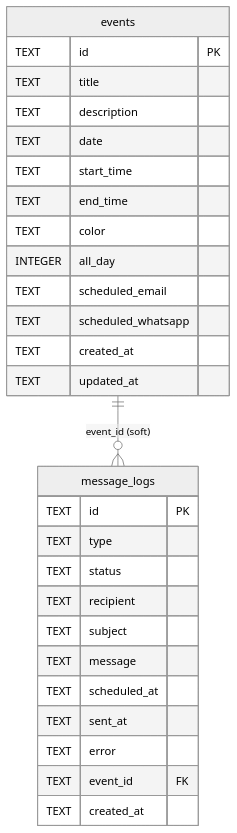
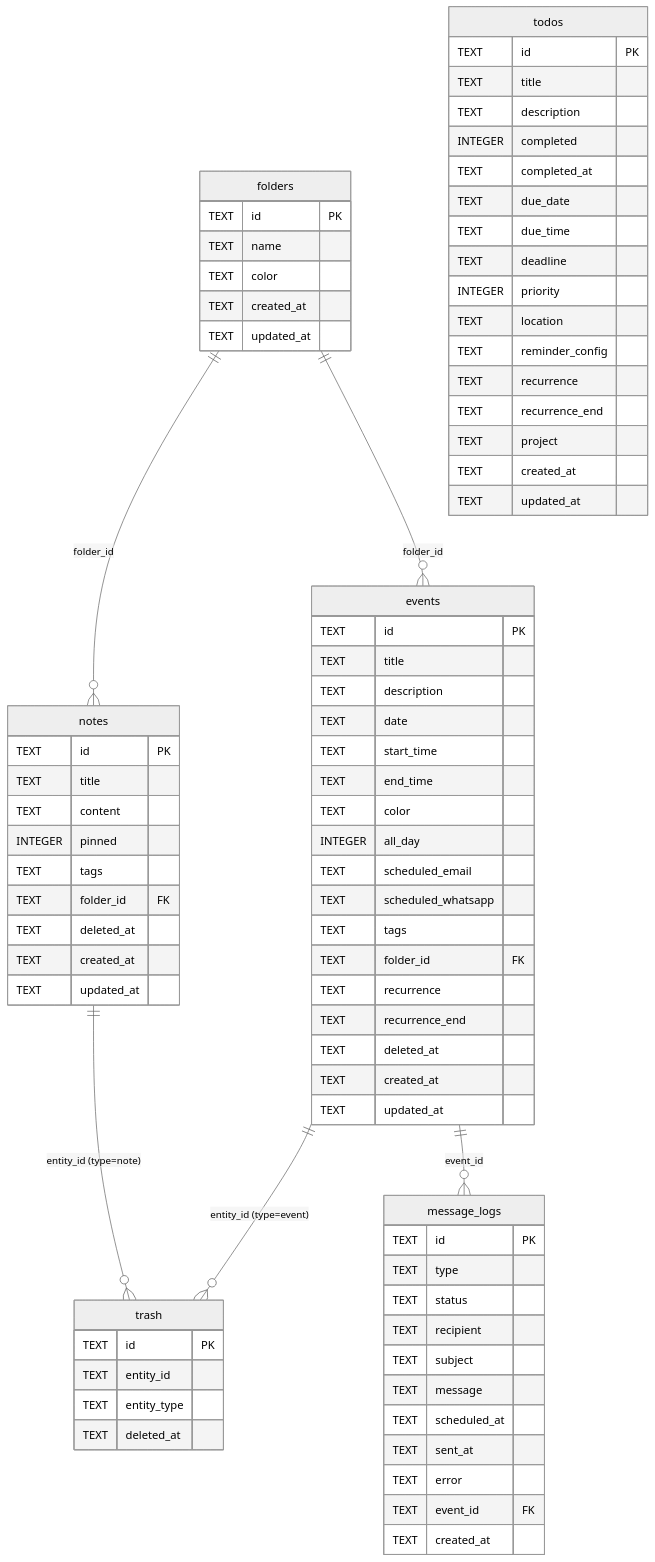
The diagram in docs/database.md (AharonSegal/hackathon-proj), drawn with Mermaid (neutral theme) before and after one commit. The commit also changed other lines of this file and 7 other files, not shown here.

First line of the commit message:
feat: full task editor with scheduling, priority, reminders, and DB schema expansion

````diff
--- a/docs/database.md
+++ b/docs/database.md
@@ -209,5 +468,25 @@
 ```mermaid
 erDiagram
+    folders {
+        TEXT id PK
+        TEXT name
+        TEXT color
+        TEXT created_at
+        TEXT updated_at
+    }
+
+    notes {
+        TEXT id PK
+        TEXT title
+        TEXT content
+        INTEGER pinned
+        TEXT tags
+        TEXT folder_id FK
+        TEXT deleted_at
+        TEXT created_at
+        TEXT updated_at
+    }
+
     events {
         TEXT id PK
         TEXT title
@@ -219,8 +498,20 @@
         INTEGER all_day
         TEXT scheduled_email
         TEXT scheduled_whatsapp
+        TEXT tags
+        TEXT folder_id FK
+        TEXT recurrence
+        TEXT recurrence_end
+        TEXT deleted_at
         TEXT created_at
         TEXT updated_at
+    }
+
+    trash {
+        TEXT id PK
+        TEXT entity_id
+        TEXT entity_type
+        TEXT deleted_at
     }
 
     message_logs {
@@ -237,5 +528,28 @@
         TEXT created_at
     }
 
-    events ||--o{ message_logs : "event_id (soft)"
+    todos {
+        TEXT id PK
+        TEXT title
+        TEXT description
+        INTEGER completed
+        TEXT completed_at
+        TEXT due_date
+        TEXT due_time
+        TEXT deadline
+        INTEGER priority
+        TEXT location
+        TEXT reminder_config
+        TEXT recurrence
+        TEXT recurrence_end
+        TEXT project
+        TEXT created_at
+        TEXT updated_at
+    }
+
+    folders ||--o{ notes  : "folder_id"
+    folders ||--o{ events : "folder_id"
+    notes   ||--o{ trash  : "entity_id (type=note)"
+    events  ||--o{ trash  : "entity_id (type=event)"
+    events  ||--o{ message_logs : "event_id"
 ```
````
